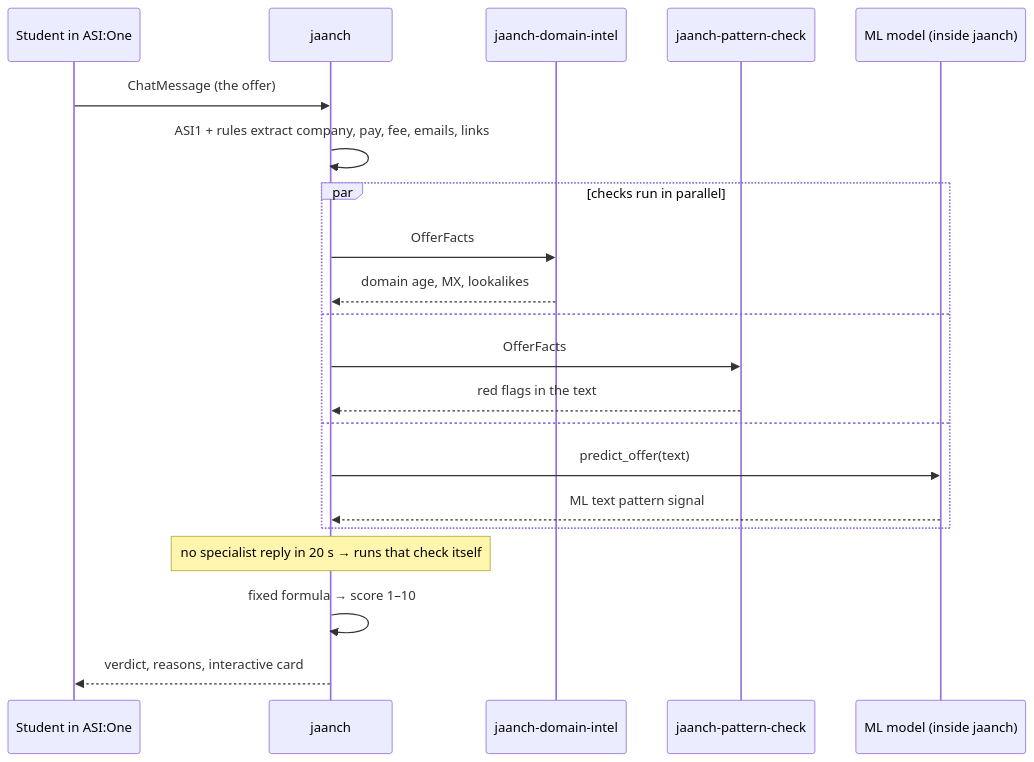
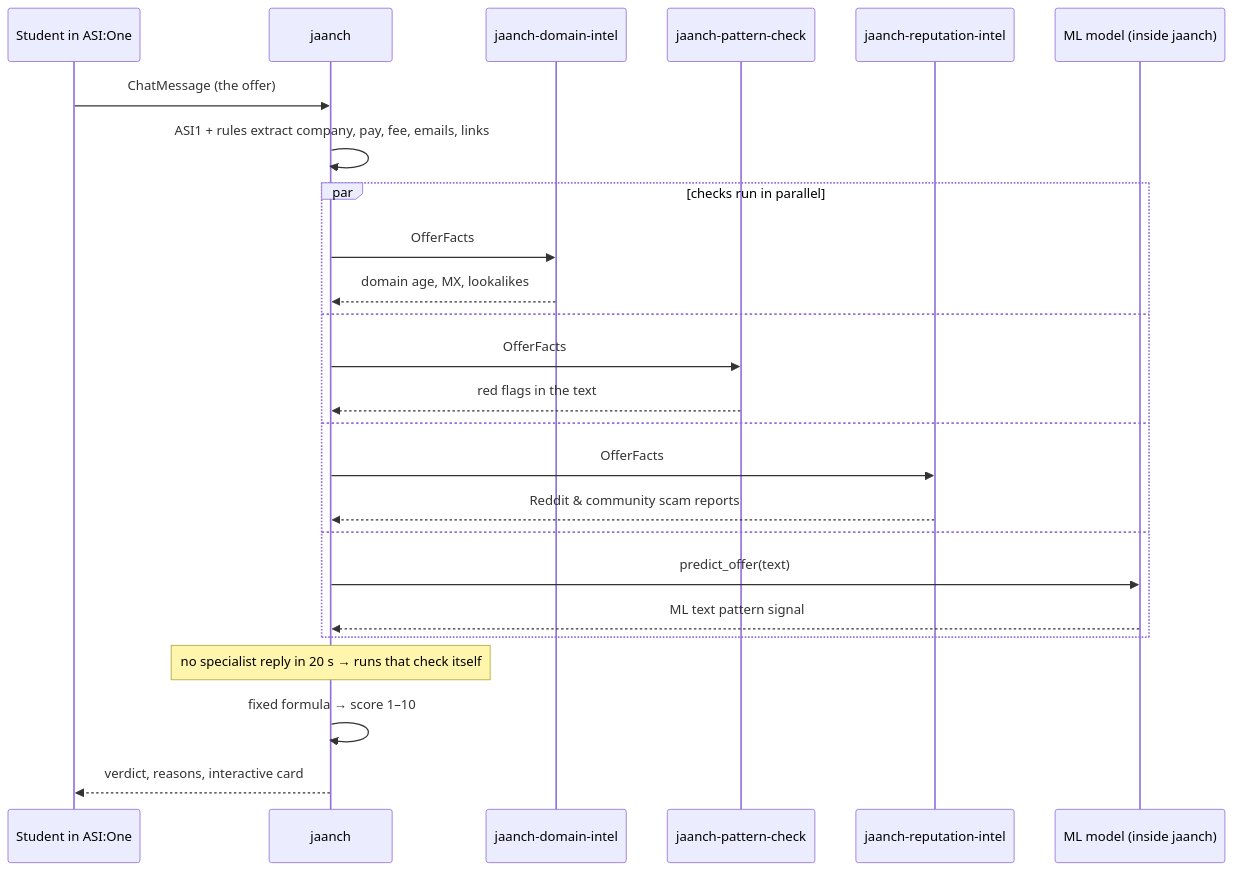
One commit to abhishekgoswami0720/jaanch changed the second of 2 diagrams in README.md. Above: the diagram before and after it, drawn with Mermaid. The commit also changed other lines of this file and 8 other files, not shown here.

Commit message:
feat: add reputation intel agent checking Reddit and online review sentiment for scams

````diff
--- a/README.md
+++ b/README.md
@@ -145,23 +147,27 @@
 ```mermaid
 sequenceDiagram
     participant U as Student in ASI:One
     participant J as jaanch
     participant D as jaanch-domain-intel
     participant P as jaanch-pattern-check
+    participant R as jaanch-reputation-intel
     participant M as ML model (inside jaanch)
     U->>J: ChatMessage (the offer)
     J->>J: ASI1 + rules extract company, pay, fee, emails, links
     par checks run in parallel
         J->>D: OfferFacts
         D-->>J: domain age, MX, lookalikes
     and
         J->>P: OfferFacts
         P-->>J: red flags in the text
     and
+        J->>R: OfferFacts
+        R-->>J: Reddit & community scam reports
+    and
         J->>M: predict_offer(text)
         M-->>J: ML text pattern signal
     end
     Note over J: no specialist reply in 20 s → runs that check itself
     J->>J: fixed formula → score 1–10
     J-->>U: verdict, reasons, interactive card
 ```
````
